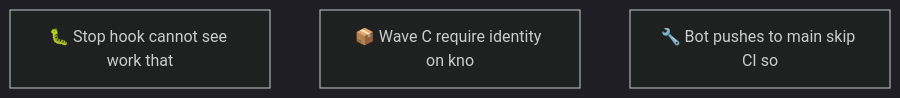
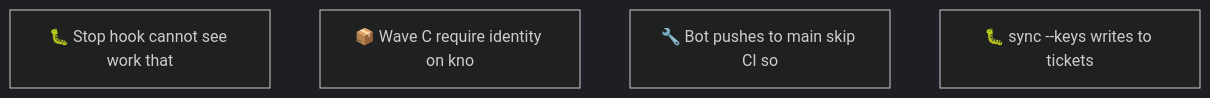
Before and after one commit to SpillwaveSolutions/wiki_ticket_sdd: the second of 2 diagrams in docs/roadmap.md, drawn with Mermaid (dark theme). The commit also changed other lines of this file and 7 other files, not shown here.

First line of the commit message:
chore: link issue #361 and file the sync --keys scoping bug (01M09DV3XKWJV5VVNYPJC9PRVF)

````diff
--- a/docs/roadmap.md
+++ b/docs/roadmap.md
@@ -65,6 +67,7 @@
 ```mermaid
 graph TD
     01M032YRXR61XAJBBNP355AVQW["🐛 Stop hook cannot see work that"]
     01M06BRQPQ8408XTDYTMY2JYFE["📦 Wave C require identity on kno"]
     01M09DEB5YMZRHRBZB8GADMKY0["🔧 Bot pushes to main skip CI so"]
+    01M09DV3XKWJV5VVNYPJC9PRVF["🐛 sync --keys writes to tickets"]
 ```
````
